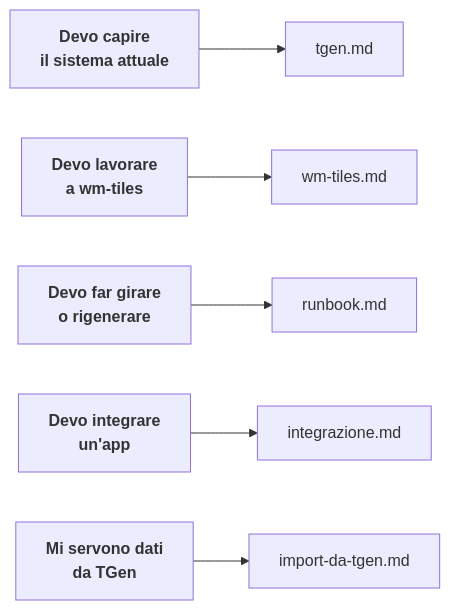
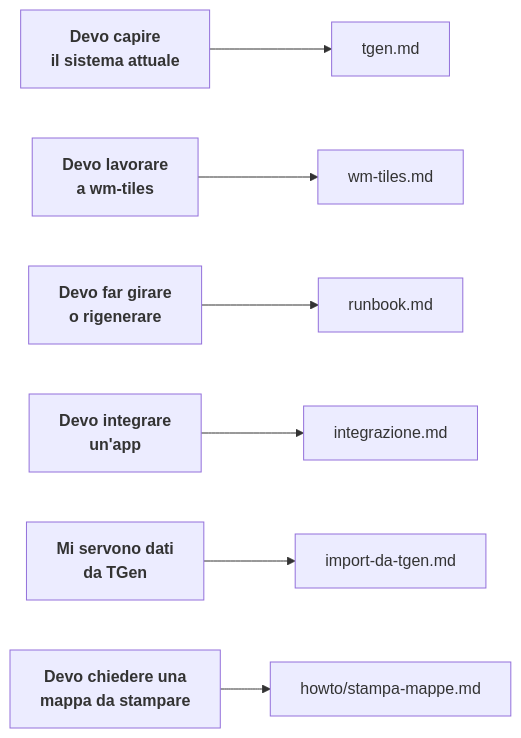
One commit to webmappsrl/wm-tiles changed the diagram in docs/README.md. Above: the diagram before and after it, drawn with Mermaid. The commit also changed other lines of this file and 53 other files, not shown here.

````diff
--- a/docs/README.md
+++ b/docs/README.md
@@ -10,8 +10,9 @@
 ```mermaid
 flowchart LR
   a["<b>Devo capire<br/>il sistema attuale</b>"] --> t["tgen.md"]
   b["<b>Devo lavorare<br/>a wm-tiles</b>"] --> w["wm-tiles.md"]
   c["<b>Devo far girare<br/>o rigenerare</b>"] --> r["runbook.md"]
   d["<b>Devo integrare<br/>un'app</b>"] --> i["integrazione.md"]
   e["<b>Mi servono dati<br/>da TGen</b>"] --> m["import-da-tgen.md"]
+  f["<b>Devo chiedere una<br/>mappa da stampare</b>"] --> s["howto/stampa-mappe.md"]
 ```
````
